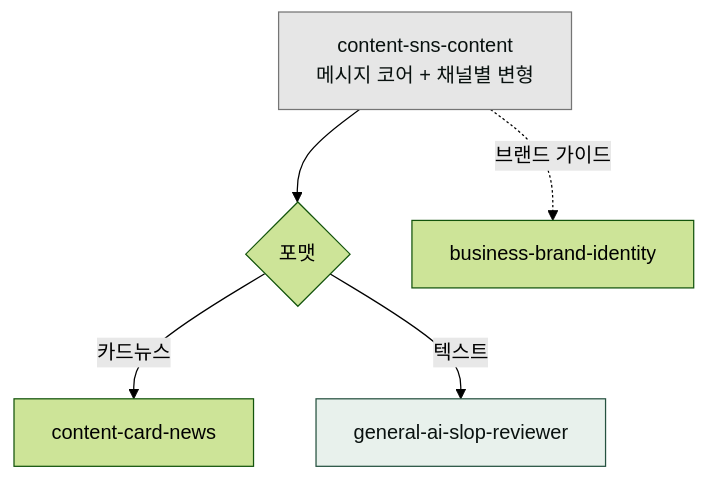
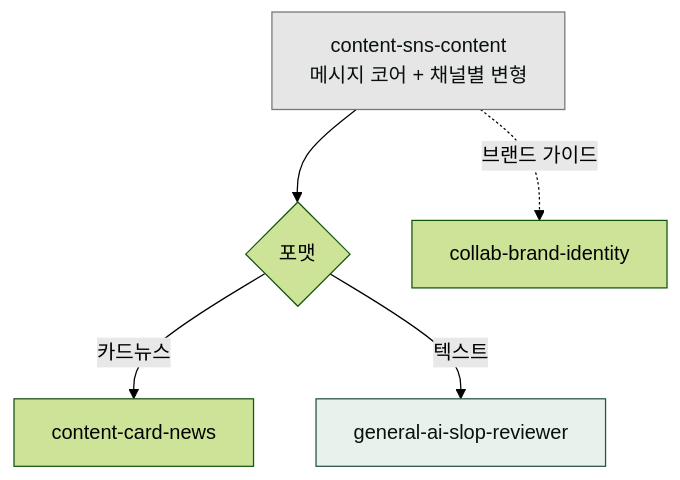
One commit to modu-ai/cowork-plugins changed the diagram in www/content/cookbook/guides/social-media.md. Above: the diagram before and after it, drawn with Mermaid (forest theme). The commit also changed other lines of this file and 278 other files, not shown here.

````diff
--- a/www/content/cookbook/guides/social-media.md
+++ b/www/content/cookbook/guides/social-media.md
@@ -9,10 +9,10 @@
 ```mermaid
 flowchart TD
    A["content-sns-content<br/>메시지 코어 + 채널별 변형"] --> C{"포맷"}
    C -- "카드뉴스" --> D["content-card-news"]
    C -- "텍스트" --> E["general-ai-slop-reviewer"]
-   A -. "브랜드 가이드" .-> F["business-brand-identity"]
+   A -. "브랜드 가이드" .-> F["collab-brand-identity"]
 
    style A fill:#e6e6e6,stroke:#757575,color:#09110f
    style E fill:#e8f1ec,stroke:#265240,color:#09110f
 ```
````
